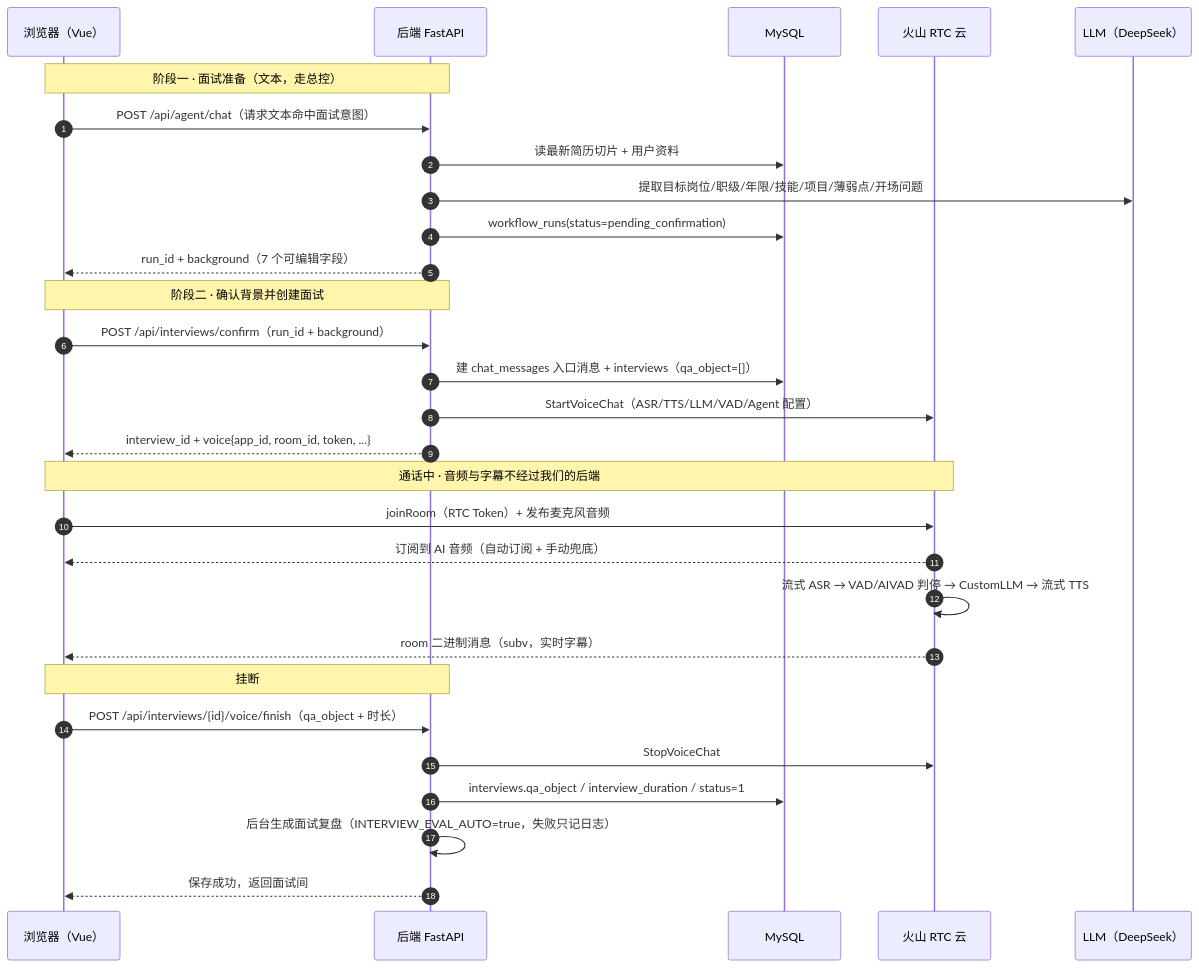
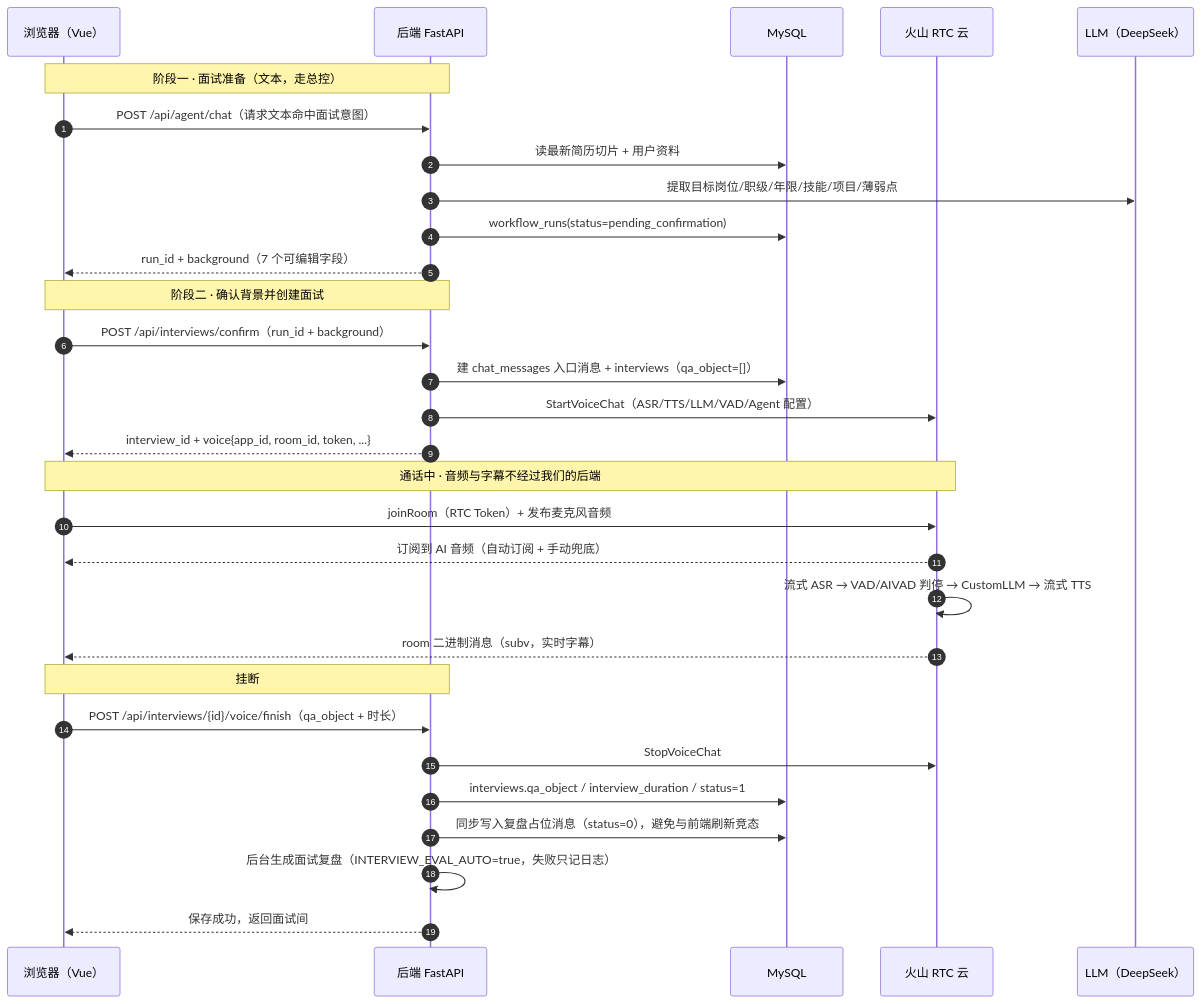
One commit to jiayinjiang-pistachio/study-pass-ai changed the second of 8 diagrams in agent-backend/docs/voice-interview-design.md. Above: the diagram before and after it, drawn with Mermaid. The commit also changed other lines of this file and 37 other files, not shown here.

````diff
--- a/agent-backend/docs/voice-interview-design.md
+++ b/agent-backend/docs/voice-interview-design.md
@@ -78,35 +78,36 @@
 ```mermaid
 sequenceDiagram
     autonumber
     participant FE as 浏览器（Vue）
     participant API as 后端 FastAPI
     participant DB as MySQL
     participant RTC as 火山 RTC 云
     participant LLM as LLM（DeepSeek）
 
     Note over FE,API: 阶段一 · 面试准备（文本，走总控）
     FE->>API: POST /api/agent/chat（请求文本命中面试意图）
     API->>DB: 读最新简历切片 + 用户资料
-    API->>LLM: 提取目标岗位/职级/年限/技能/项目/薄弱点/开场问题
+    API->>LLM: 提取目标岗位/职级/年限/技能/项目/薄弱点
     API->>DB: workflow_runs(status=pending_confirmation)
     API-->>FE: run_id + background（7 个可编辑字段）
 
     Note over FE,API: 阶段二 · 确认背景并创建面试
     FE->>API: POST /api/interviews/confirm（run_id + background）
     API->>DB: 建 chat_messages 入口消息 + interviews（qa_object=[]）
     API->>RTC: StartVoiceChat（ASR/TTS/LLM/VAD/Agent 配置）
     API-->>FE: interview_id + voice{app_id, room_id, token, ...}
 
     Note over FE,RTC: 通话中 · 音频与字幕不经过我们的后端
     FE->>RTC: joinRoom（RTC Token）+ 发布麦克风音频
     RTC-->>FE: 订阅到 AI 音频（自动订阅 + 手动兜底）
     RTC->>RTC: 流式 ASR → VAD/AIVAD 判停 → CustomLLM → 流式 TTS
     RTC-->>FE: room 二进制消息（subv，实时字幕）
 
     Note over FE,API: 挂断
     FE->>API: POST /api/interviews/{id}/voice/finish（qa_object + 时长）
     API->>RTC: StopVoiceChat
     API->>DB: interviews.qa_object / interview_duration / status=1
+    API->>DB: 同步写入复盘占位消息（status=0），避免与前端刷新竞态
     API->>API: 后台生成面试复盘（INTERVIEW_EVAL_AUTO=true，失败只记日志）
     API-->>FE: 保存成功，返回面试间
 ```
````
